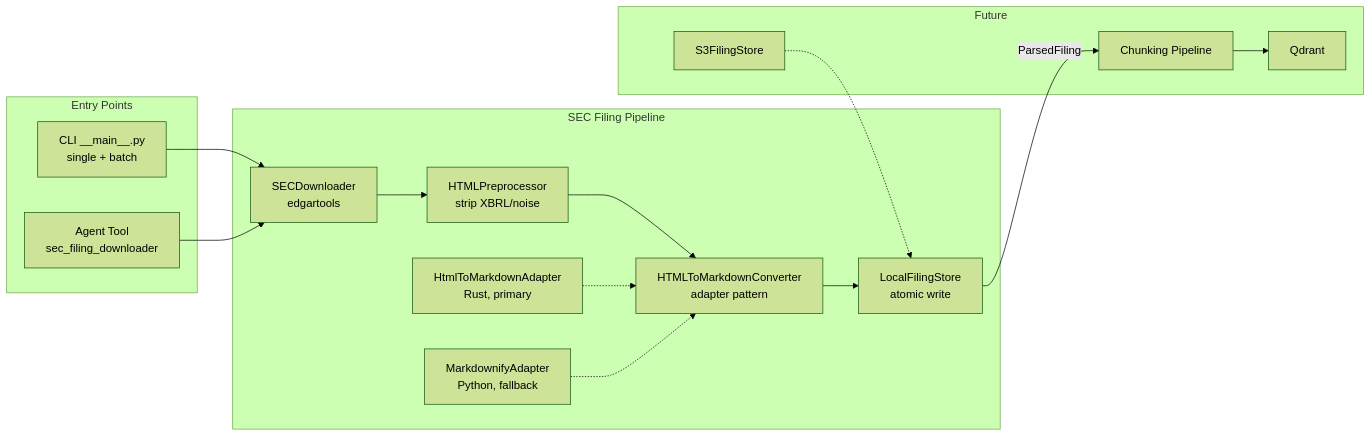
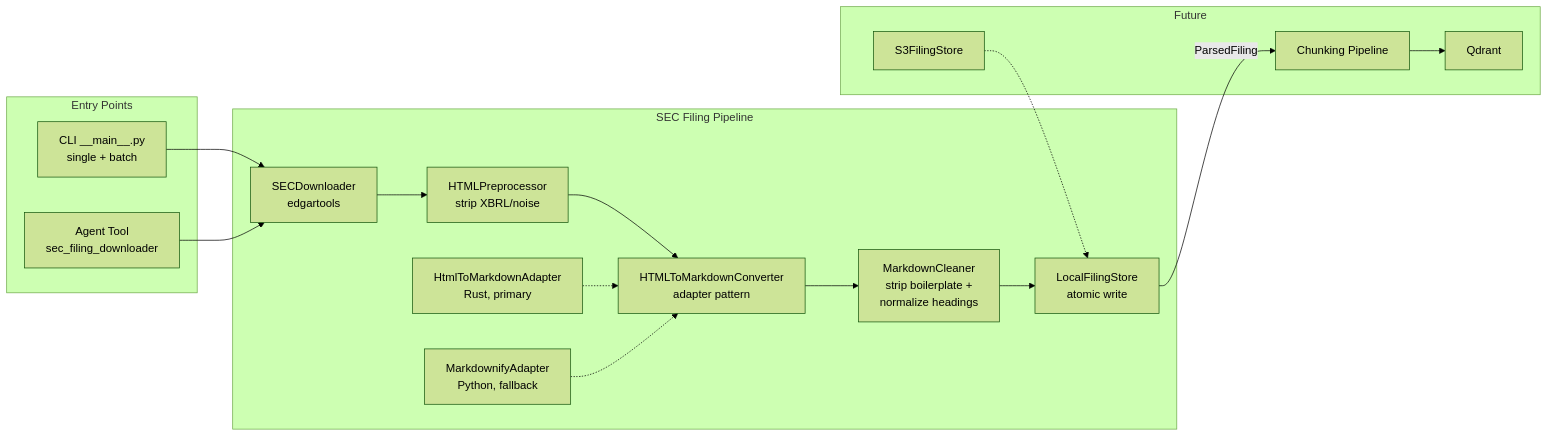
The first of 2 diagrams in backend/ingestion/sec_filing_pipeline/README.md (wei-yiting/fin-lab-x), drawn with Mermaid (forest theme) before and after one commit. The commit also changed other lines of this file and 6 other files, not shown here.

First line of the commit message:
feat(sec-pipeline): MarkdownCleaner for boilerplate stripping & heading normalization (#9)

````diff
--- a/backend/ingestion/sec_filing_pipeline/README.md
+++ b/backend/ingestion/sec_filing_pipeline/README.md
@@ -7,23 +7,24 @@
 ```mermaid
 graph LR
     subgraph "SEC Filing Pipeline"
         A[SECDownloader<br/>edgartools] --> B[HTMLPreprocessor<br/>strip XBRL/noise]
         B --> C[HTMLToMarkdownConverter<br/>adapter pattern]
-        C --> D[LocalFilingStore<br/>atomic write]
+        C --> M[MarkdownCleaner<br/>strip boilerplate +<br/>normalize headings]
+        M --> D[LocalFilingStore<br/>atomic write]
 
         C1[HtmlToMarkdownAdapter<br/>Rust, primary] -.-> C
         C2[MarkdownifyAdapter<br/>Python, fallback] -.-> C
     end
 
     subgraph "Entry Points"
         CLI[CLI __main__.py<br/>single + batch] --> A
         Tool[Agent Tool<br/>sec_filing_downloader] --> A
     end
 
     subgraph "Future"
         D2[S3FilingStore] -.-> D
         E[Chunking Pipeline] --> F[Qdrant]
     end
 
     D -- "ParsedFiling" --> E
 ```
````
